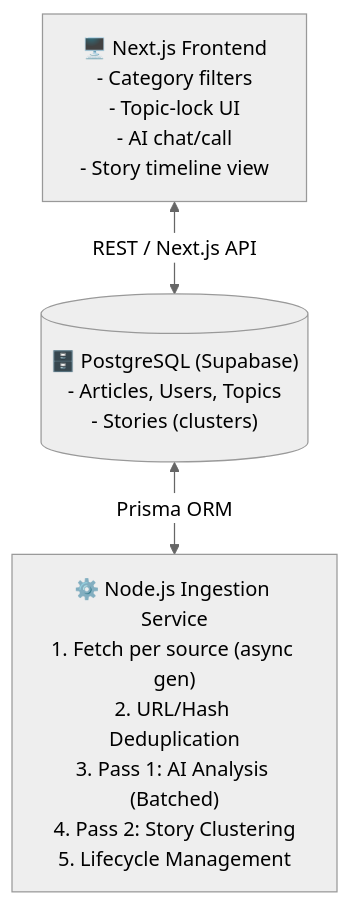
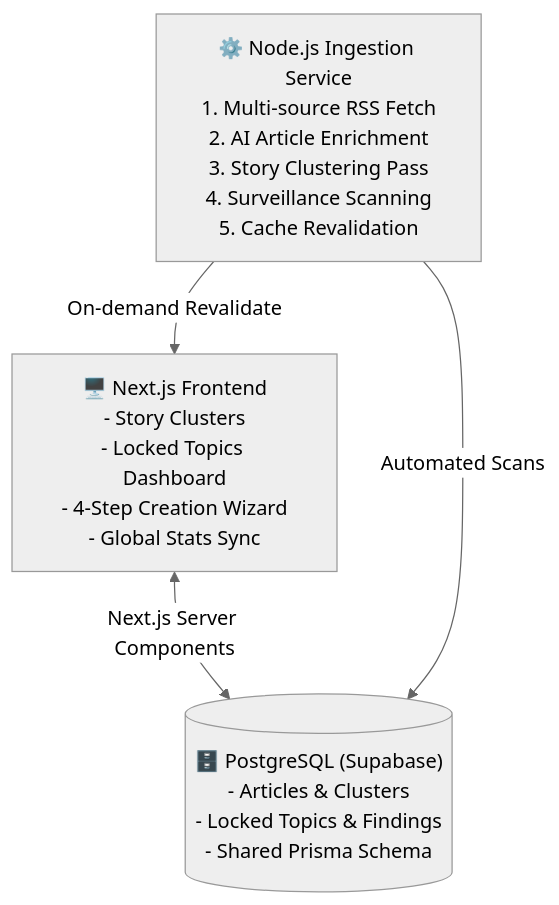
The diagram in README.md (MainuddinMehedi/global-news-aggregator), drawn with Mermaid (neutral theme) before and after one commit. The commit also changed other lines of this file and 29 other files, not shown here.

````diff
--- a/README.md
+++ b/README.md
@@ -29,9 +27,10 @@
 ```mermaid
 flowchart TD
-    UI["🖥️ Next.js Frontend\n- Category filters\n- Topic-lock UI\n- AI chat/call\n- Story timeline view"]
-    DB[("🗄️ PostgreSQL (Supabase)\n- Articles, Users, Topics\n- Stories (clusters)")]
-    Worker["⚙️ Node.js Ingestion Service\n1. Fetch per source (async gen)\n2. URL/Hash Deduplication\n3. Pass 1: AI Analysis (Batched)\n4. Pass 2: Story Clustering\n5. Lifecycle Management"]
+    UI["🖥️ Next.js Frontend\n- Story Clusters\n- Locked Topics Dashboard\n- 4-Step Creation Wizard\n- Global Stats Sync"]
+    DB[("🗄️ PostgreSQL (Supabase)\n- Articles & Clusters\n- Locked Topics & Findings\n- Shared Prisma Schema")]
+    Worker["⚙️ Node.js Ingestion Service\n1. Multi-source RSS Fetch\n2. AI Article Enrichment\n3. Story Clustering Pass\n4. Surveillance Scanning\n5. Cache Revalidation"]
 
-    UI <-->|"REST / Next.js API"| DB
-    DB <-->|"Prisma ORM"| Worker
+    UI <-->|"Next.js Server Components"| DB
+    Worker -->|"Automated Scans"| DB
+    Worker -->|"On-demand Revalidate"| UI
 ```
````
